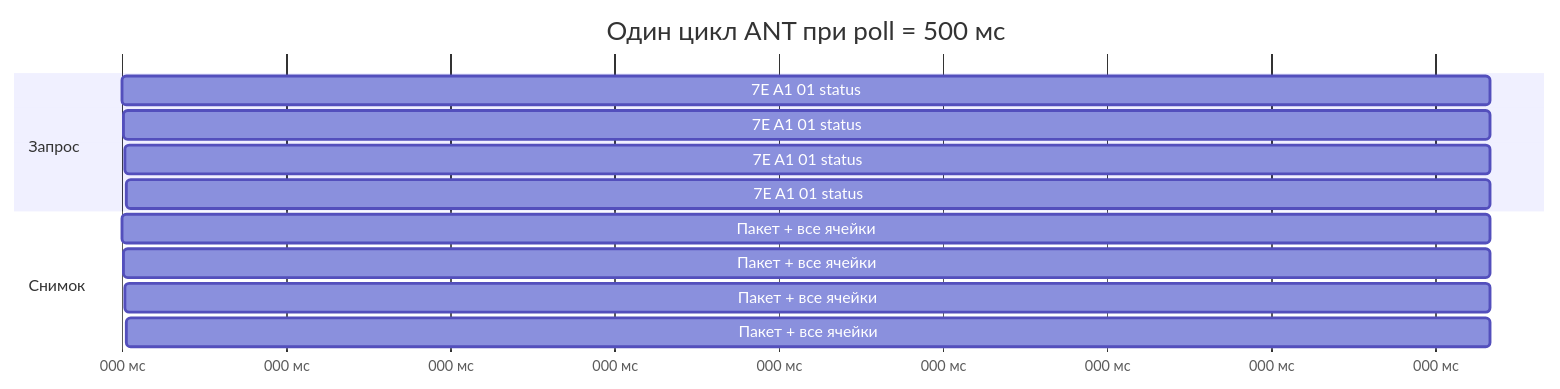
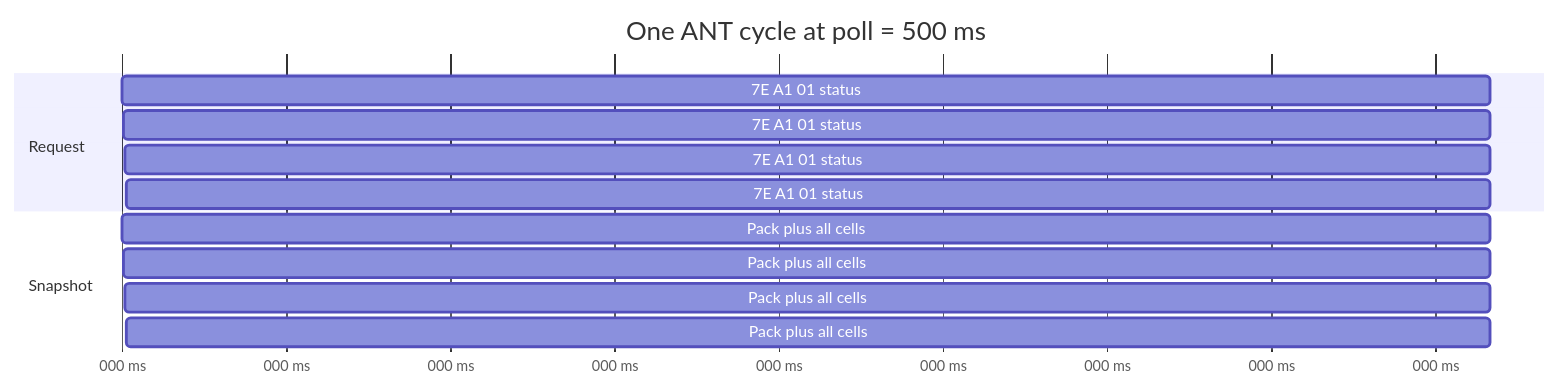
The third of 9 diagrams in BMS_DATA_ABOUT.md (livello/OsmAnd), drawn with Mermaid before and after one commit. The commit also changed other lines of this file and 2 other files, not shown here.

````diff
--- a/BMS_DATA_ABOUT.md
+++ b/BMS_DATA_ABOUT.md
@@ -104,16 +104,16 @@
 ```mermaid
 gantt
-    title Один цикл ANT при poll = 500 мс
+    title One ANT cycle at poll = 500 ms
     dateFormat X
-    axisFormat %L мс
-    section Запрос
+    axisFormat %L ms
+    section Request
     7E A1 01 status      :c1, 0, 500
     7E A1 01 status      :c2, 500, 500
     7E A1 01 status      :c3, 1000, 500
     7E A1 01 status      :c4, 1500, 500
-    section Снимок
-    Пакет + все ячейки   :d1, 0, 500
-    Пакет + все ячейки   :d2, 500, 500
-    Пакет + все ячейки   :d3, 1000, 500
-    Пакет + все ячейки   :d4, 1500, 500
+    section Snapshot
+    Pack plus all cells  :d1, 0, 500
+    Pack plus all cells  :d2, 500, 500
+    Pack plus all cells  :d3, 1000, 500
+    Pack plus all cells  :d4, 1500, 500
 ```
````
